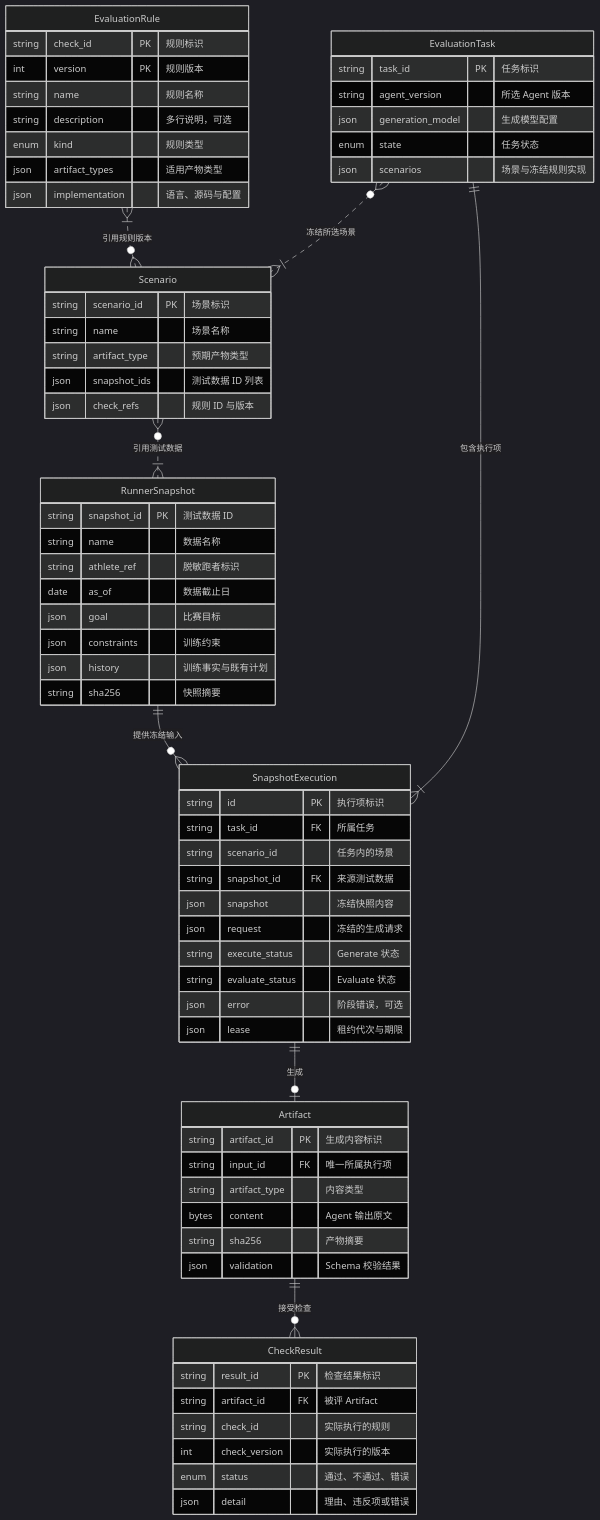
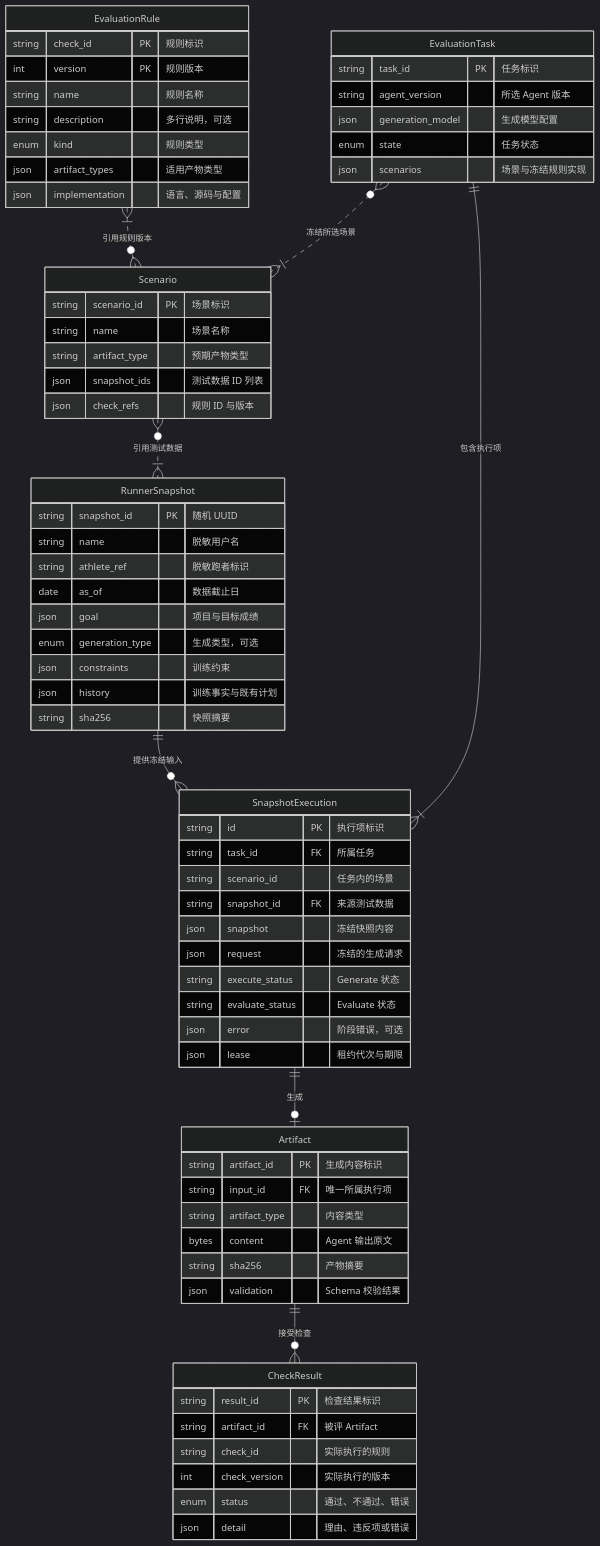
Before and after one commit to zhaochy1990/running: the second of 2 diagrams in docs/superpowers/specs/2026-11-23-offline-plan-eval.md, drawn with Mermaid (dark theme). The commit also changed other lines of this file and 1 other file, not shown here.

````diff
--- a/docs/superpowers/specs/2026-11-23-offline-plan-eval.md
+++ b/docs/superpowers/specs/2026-11-23-offline-plan-eval.md
@@ -190,71 +194,72 @@
 ```mermaid
 erDiagram
     EvaluationRule {
         string check_id PK "规则标识"
         int version PK "规则版本"
         string name "规则名称"
         string description "多行说明，可选"
         enum kind "规则类型"
         json artifact_types "适用产物类型"
         json implementation "语言、源码与配置"
     }
     Scenario {
         string scenario_id PK "场景标识"
         string name "场景名称"
         string artifact_type "预期产物类型"
         json snapshot_ids "测试数据 ID 列表"
         json check_refs "规则 ID 与版本"
     }
     RunnerSnapshot {
-        string snapshot_id PK "测试数据 ID"
-        string name "数据名称"
+        string snapshot_id PK "随机 UUID"
+        string name "脱敏用户名"
         string athlete_ref "脱敏跑者标识"
         date as_of "数据截止日"
-        json goal "比赛目标"
+        json goal "项目与目标成绩"
+        enum generation_type "生成类型，可选"
         json constraints "训练约束"
         json history "训练事实与既有计划"
         string sha256 "快照摘要"
     }
     EvaluationTask {
         string task_id PK "任务标识"
         string agent_version "所选 Agent 版本"
         json generation_model "生成模型配置"
         enum state "任务状态"
         json scenarios "场景与冻结规则实现"
     }
     SnapshotExecution {
         string id PK "执行项标识"
         string task_id FK "所属任务"
         string scenario_id "任务内的场景"
         string snapshot_id FK "来源测试数据"
         json snapshot "冻结快照内容"
         json request "冻结的生成请求"
         string execute_status "Generate 状态"
         string evaluate_status "Evaluate 状态"
         json error "阶段错误，可选"
         json lease "租约代次与期限"
     }
     Artifact {
         string artifact_id PK "生成内容标识"
         string input_id FK "唯一所属执行项"
         string artifact_type "内容类型"
         bytes content "Agent 输出原文"
         string sha256 "产物摘要"
         json validation "Schema 校验结果"
     }
     CheckResult {
         string result_id PK "检查结果标识"
         string artifact_id FK "被评 Artifact"
         string check_id "实际执行的规则"
         int check_version "实际执行的版本"
         enum status "通过、不通过、错误"
         json detail "理由、违反项或错误"
     }
     EvaluationRule }|..o{ Scenario : "引用规则版本"
     Scenario }o..|{ RunnerSnapshot : "引用测试数据"
     EvaluationTask }o..|{ Scenario : "冻结所选场景"
     EvaluationTask ||--|{ SnapshotExecution : "包含执行项"
     RunnerSnapshot ||--o{ SnapshotExecution : "提供冻结输入"
     SnapshotExecution ||--o| Artifact : "生成"
     Artifact ||--o{ CheckResult : "接受检查"
 ```
````
